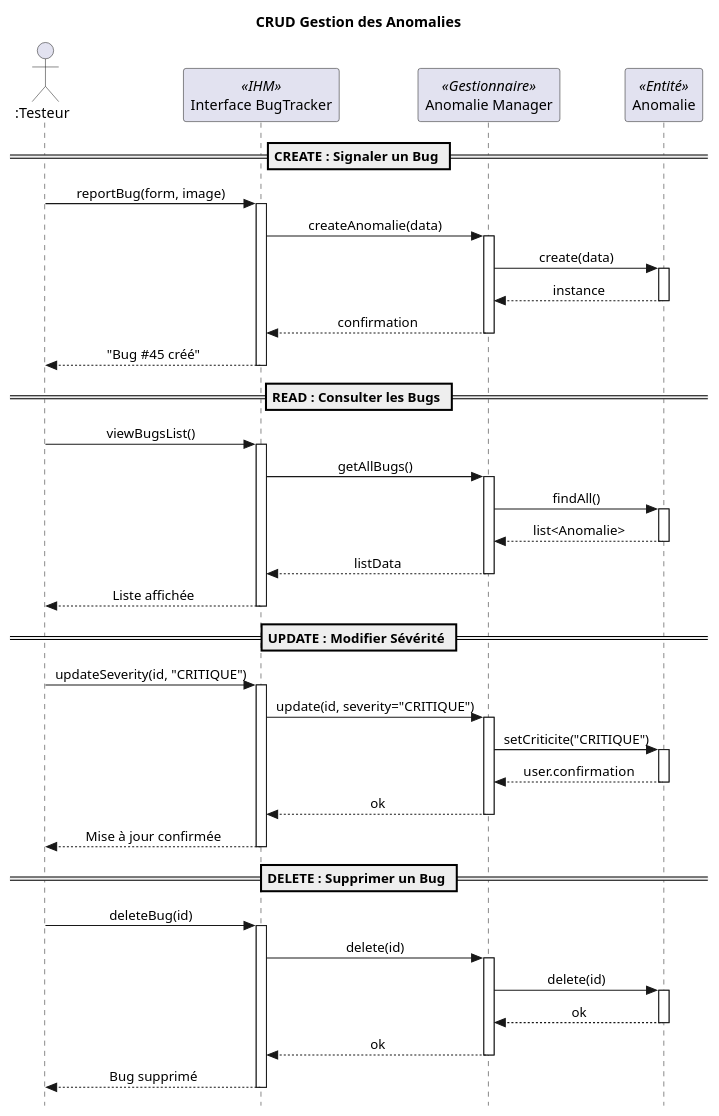
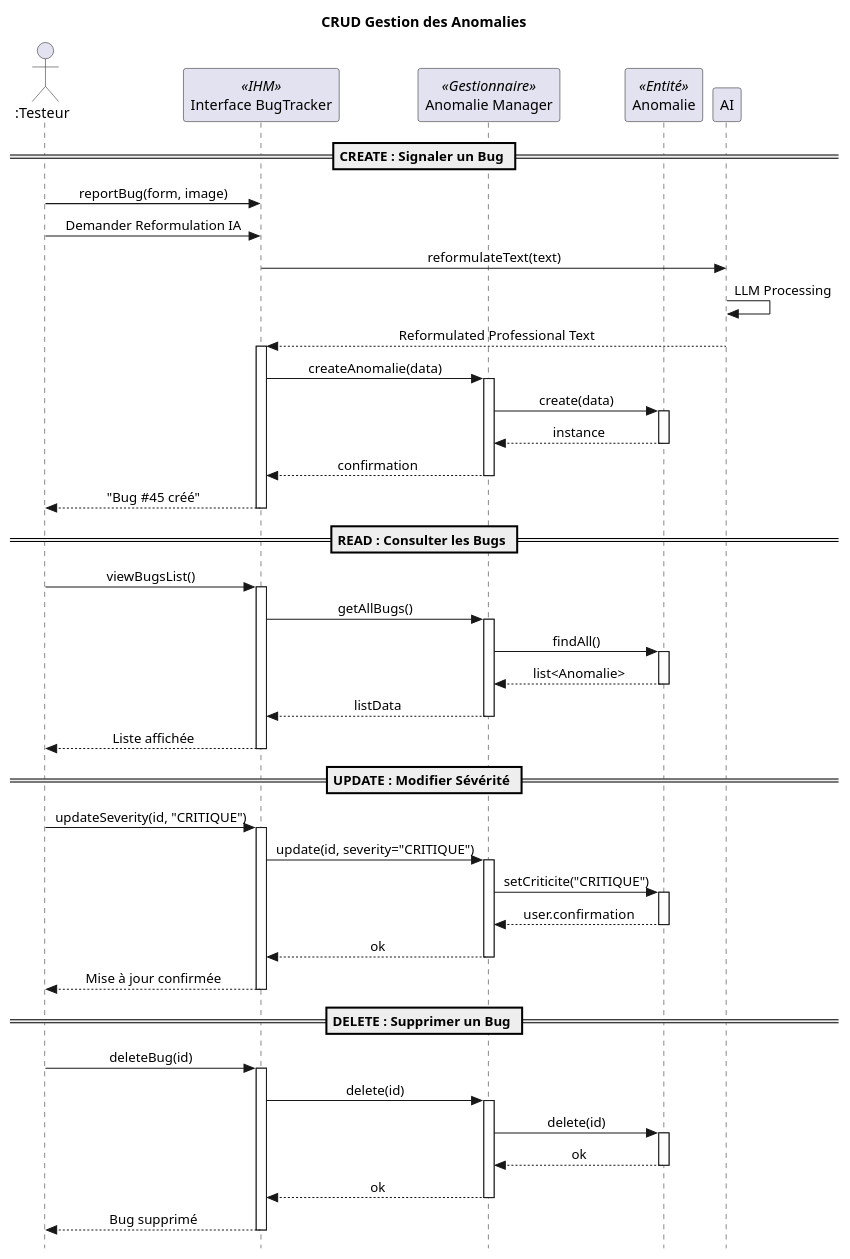
The diagram in InsureTM/diagrammes /crud_anomalie_sequence.puml (onsben19/Test-Management-Plateforme-LLoyd), drawn with PlantUML before and after one commit. The commit also changed 28 other files, not shown here.

```diff
--- a/InsureTM/diagrammes /crud_anomalie_sequence.puml
+++ b/InsureTM/diagrammes /crud_anomalie_sequence.puml
@@ -1,66 +1,70 @@
 @startuml
 skinparam style strictuml
 skinparam sequenceMessageAlign center
 title CRUD Gestion des Anomalies
 
 actor ":Testeur" as User
 participant "Interface BugTracker" as UI <<IHM>>
 participant "Anomalie Manager" as Manager <<Gestionnaire>>
 participant "Anomalie" as Entity <<Entité>>
 
 == CREATE : Signaler un Bug ==
 User -> UI : reportBug(form, image)
+User -> UI : Demander Reformulation IA
+UI -> AI : reformulateText(text)
+AI -> AI : LLM Processing
+AI --> UI : Reformulated Professional Text
 activate UI
     UI -> Manager : createAnomalie(data)
     activate Manager
         Manager -> Entity : create(data)
         activate Entity
         Entity --> Manager : instance
         deactivate Entity
         Manager --> UI : confirmation
     deactivate Manager
     UI --> User : "Bug #45 créé"
 deactivate UI
 
 == READ : Consulter les Bugs ==
 User -> UI : viewBugsList()
 activate UI
     UI -> Manager : getAllBugs()
     activate Manager
         Manager -> Entity : findAll()
         activate Entity
         Entity --> Manager : list<Anomalie>
         deactivate Entity
         Manager --> UI : listData
     deactivate Manager
     UI --> User : Liste affichée
 deactivate UI
 
 == UPDATE : Modifier Sévérité ==
 User -> UI : updateSeverity(id, "CRITIQUE")
 activate UI
     UI -> Manager : update(id, severity="CRITIQUE")
     activate Manager
         Manager -> Entity : setCriticite("CRITIQUE")
         activate Entity
         Entity --> Manager : user.confirmation
         deactivate Entity
         Manager --> UI : ok
     deactivate Manager
     UI --> User : Mise à jour confirmée
 deactivate UI
 
 == DELETE : Supprimer un Bug ==
 User -> UI : deleteBug(id)
 activate UI
     UI -> Manager : delete(id)
     activate Manager
         Manager -> Entity : delete(id)
         activate Entity
         Entity --> Manager : ok
         deactivate Entity
         Manager --> UI : ok
     deactivate Manager
     UI --> User : Bug supprimé
 deactivate UI
 @enduml
```
